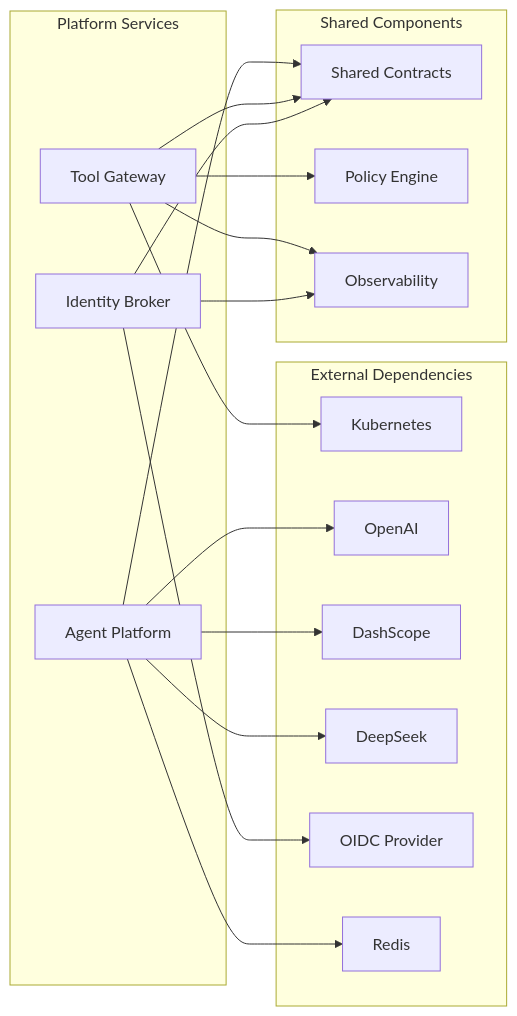
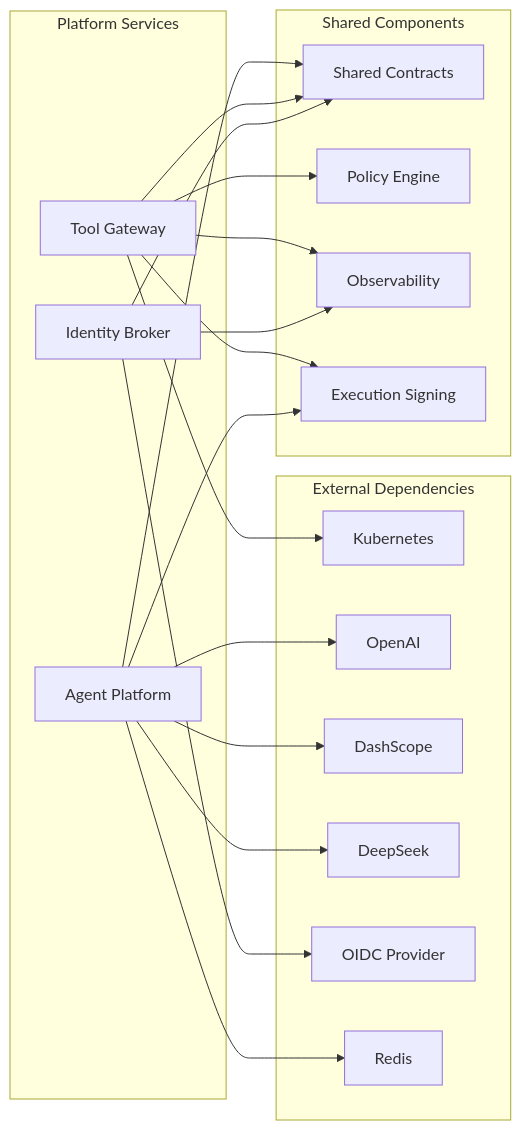
Before and after one commit to metasync/luban-aiops: the seventh of 8 diagrams in .qoder/repowiki/en/content/Project Overview.md, drawn with Mermaid. The commit also changed other lines of this file and 4 other files, not shown here.

````diff
--- a/.qoder/repowiki/en/content/Project Overview.md
+++ b/.qoder/repowiki/en/content/Project Overview.md
@@ -301,33 +382,36 @@
 ```mermaid
 graph LR
 subgraph "External Dependencies"
 K8S["Kubernetes"]
 OpenAI["OpenAI"]
 DashScope["DashScope"]
 DeepSeek["DeepSeek"]
 OIDC["OIDC Provider"]
 Redis["Redis"]
 end
 subgraph "Platform Services"
 TG["Tool Gateway"]
 AP["Agent Platform"]
 IB["Identity Broker"]
 end
 subgraph "Shared Components"
 SC["Shared Contracts"]
 POL["Policy Engine"]
 OBS["Observability"]
+SIG["Execution Signing"]
 end
 TG --> K8S
 TG --> POL
 TG --> OBS
+TG --> SIG
 AP --> OpenAI
 AP --> DashScope
 AP --> DeepSeek
 AP --> Redis
+AP --> SIG
 IB --> OIDC
 IB --> OBS
 AP --> SC
 TG --> SC
 IB --> SC
 ```
````
